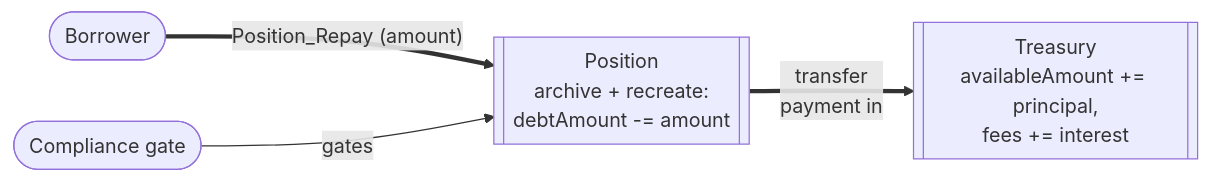
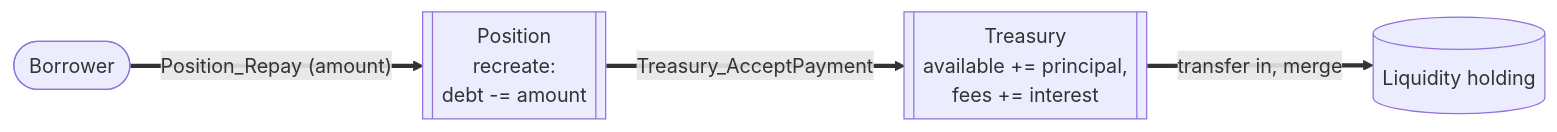
One commit to OpenZeppelin/canton-specs changed the fourth of 7 diagrams in docs/reference-architectures/lending.md. Above: the diagram before and after it, drawn with Mermaid. The commit also changed other lines of this file, not shown here.

````diff
--- a/docs/reference-architectures/lending.md
+++ b/docs/reference-architectures/lending.md
@@ -377,11 +301,11 @@
 ```mermaid
 flowchart LR
     Borrower([Borrower])
-    Compliance(["Compliance gate"])
-    Position[["Position<br/>archive + recreate:<br/>debtAmount -= amount"]]
-    Treasury[["Treasury<br/>availableAmount += principal,<br/>fees += interest"]]
+    Position[["Position<br/>recreate:<br/>debt -= amount"]]
+    Treasury[["Treasury<br/>available += principal,<br/>fees += interest"]]
+    Liquidity[("Liquidity holding")]
 
     Borrower ==>|"Position_Repay (amount)"| Position
-    Compliance -->|"gates"| Position
-    Position ==>|"transfer<br/>payment in"| Treasury
+    Position ==>|"Treasury_AcceptPayment"| Treasury
+    Treasury ==>|"transfer in, merge"| Liquidity
 ```
````
